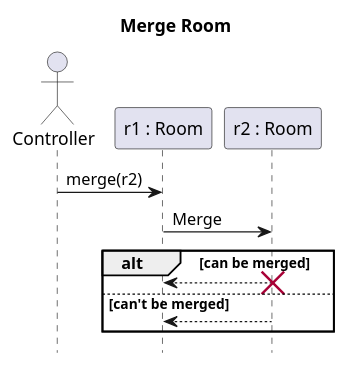
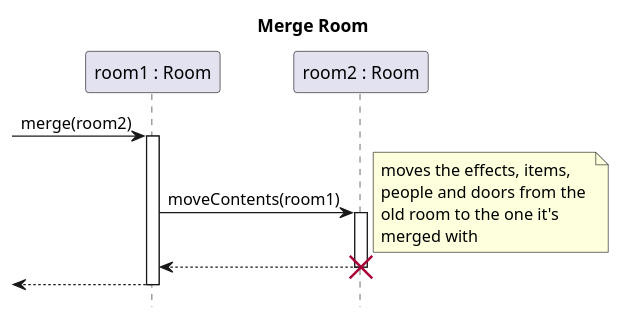
One commit to sn4k3ch4rm3r/logarlec changed the diagram in docs/diagrams/sequence/merge-room.puml. Above: the diagram before and after it, drawn with PlantUML. The commit also changed 2 other files, not shown here.

Commit message:
Split & Merge

```diff
--- a/docs/diagrams/sequence/merge-room.puml
+++ b/docs/diagrams/sequence/merge-room.puml
@@ -1,19 +1,19 @@
 @startuml merge-room
 title Merge Room
 hide footbox
-actor Controller
-participant "r1 : Room" as r1
-participant "r2 : Room" as r2
+participant "room1 : Room" as r1
+participant "room2 : Room" as r2
 
 
-Controller -> r1: merge(r2)
-r1 -> r2: Merge
-
-alt can be merged
-    r1 <-- r2:
-    destroy r2
-else can't be merged
-    r1 <-- r2:
-end
-
+[-> r1 ++: merge(room2)
+    r1 -> r2 ++: moveContents(room1)
+    note right
+        moves the effects, items,
+        people and doors from the 
+        old room to the one it's 
+        merged with
+    end note
+    return
+destroy r2
+return
 @enduml
```
